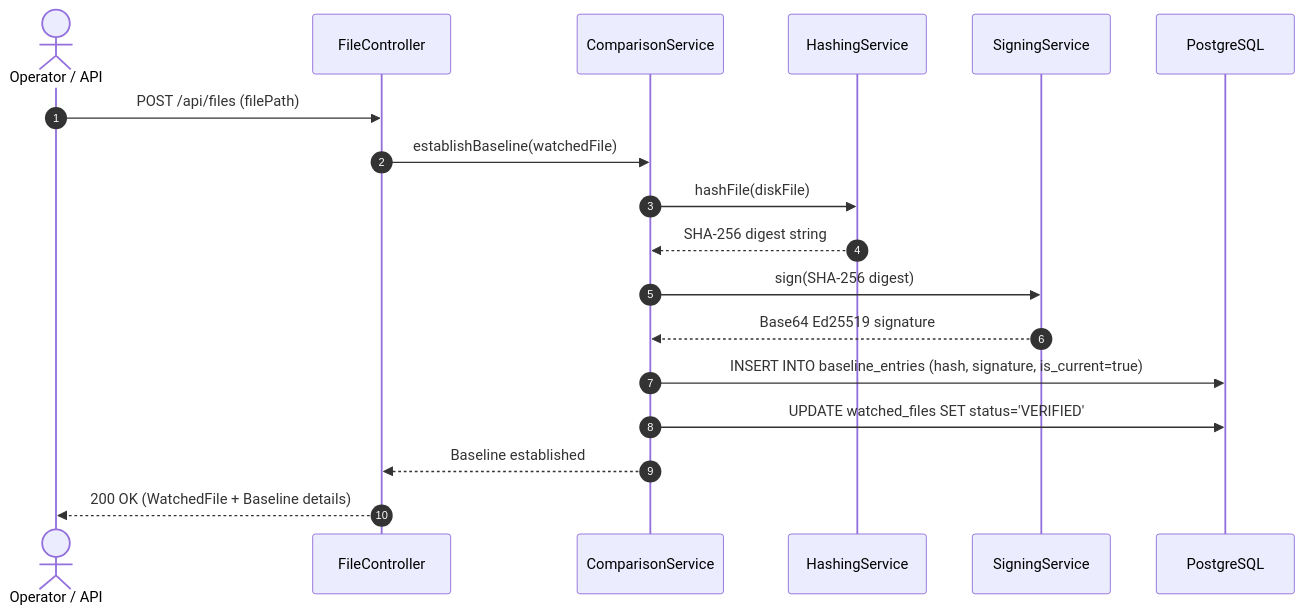
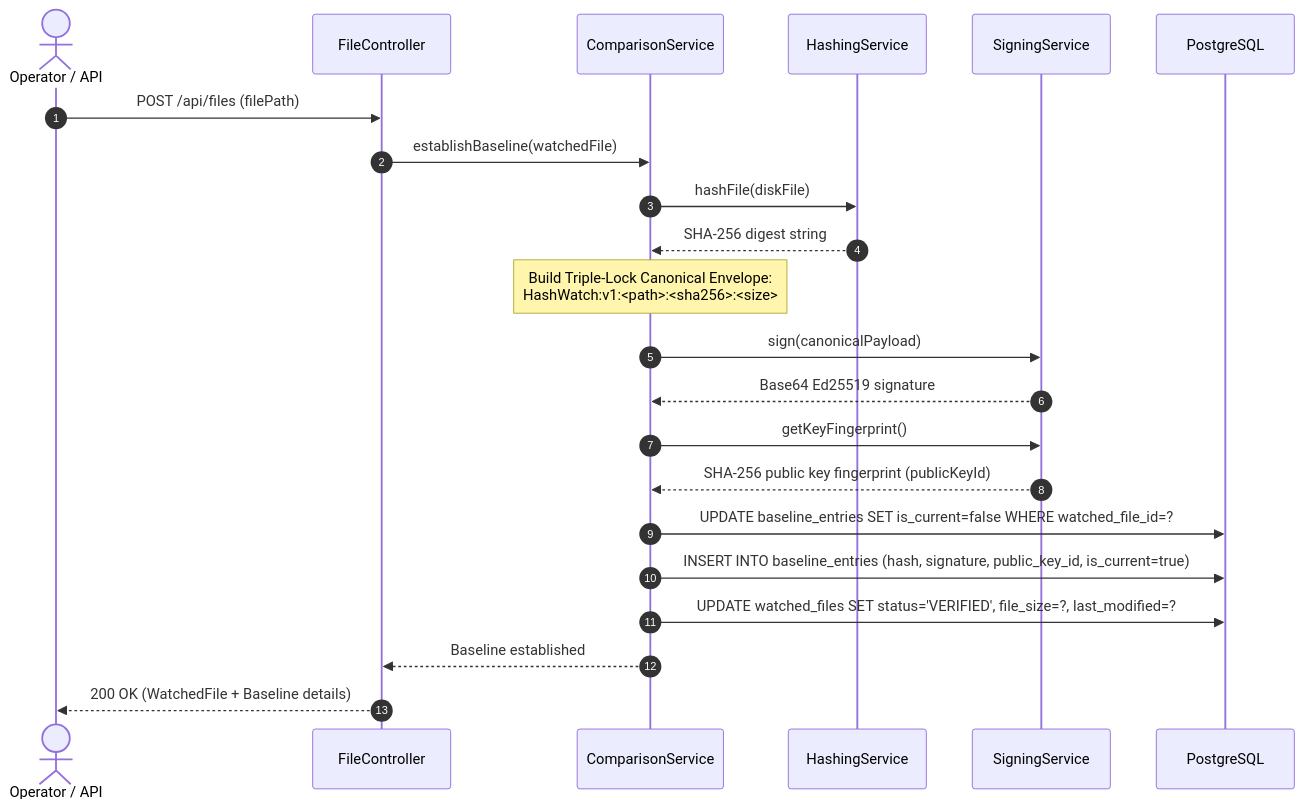
Before and after one commit to PG300604/HashWatch: the third of 4 diagrams in docs/DFD.md, drawn with Mermaid. The commit also changed other lines of this file and 7 other files, not shown here.

Commit message:
feat(backend): implement ComparisonService with Triple-Lock envelope and fingerprint pinning (Resolves S2-T1)

````diff
--- a/docs/DFD.md
+++ b/docs/DFD.md
@@ -62,21 +62,25 @@
 ```mermaid
 sequenceDiagram
     autonumber
     actor Admin as Operator / API
     participant FC as FileController
     participant CS as ComparisonService
     participant HS as HashingService
     participant SS as SigningService
     participant DB as PostgreSQL
 
     Admin->>FC: POST /api/files (filePath)
     FC->>CS: establishBaseline(watchedFile)
     CS->>HS: hashFile(diskFile)
     HS-->>CS: SHA-256 digest string
-    CS->>SS: sign(SHA-256 digest)
+    Note over CS: Build Triple-Lock Canonical Envelope:<br/>HashWatch:v1:<path>:<sha256>:<size>
+    CS->>SS: sign(canonicalPayload)
     SS-->>CS: Base64 Ed25519 signature
-    CS->>DB: INSERT INTO baseline_entries (hash, signature, is_current=true)
-    CS->>DB: UPDATE watched_files SET status='VERIFIED'
+    CS->>SS: getKeyFingerprint()
+    SS-->>CS: SHA-256 public key fingerprint (publicKeyId)
+    CS->>DB: UPDATE baseline_entries SET is_current=false WHERE watched_file_id=?
+    CS->>DB: INSERT INTO baseline_entries (hash, signature, public_key_id, is_current=true)
+    CS->>DB: UPDATE watched_files SET status='VERIFIED', file_size=?, last_modified=?
     CS-->>FC: Baseline established
     FC-->>Admin: 200 OK (WatchedFile + Baseline details)
 ```
````
